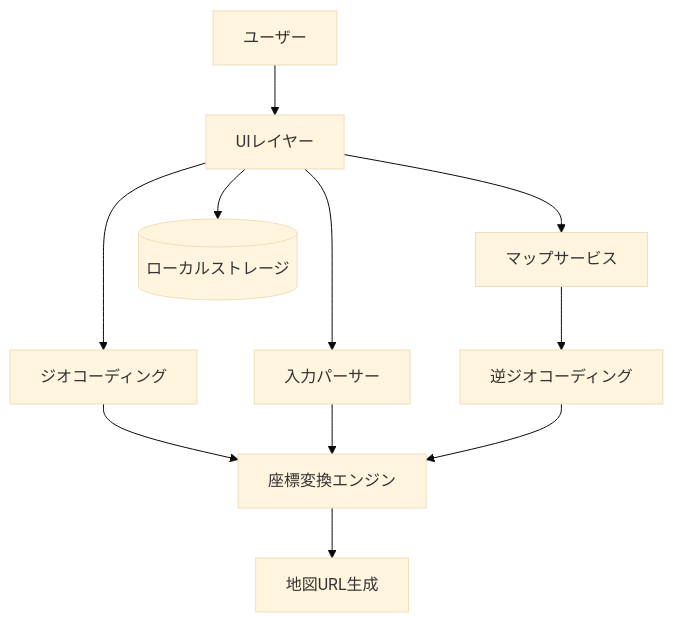
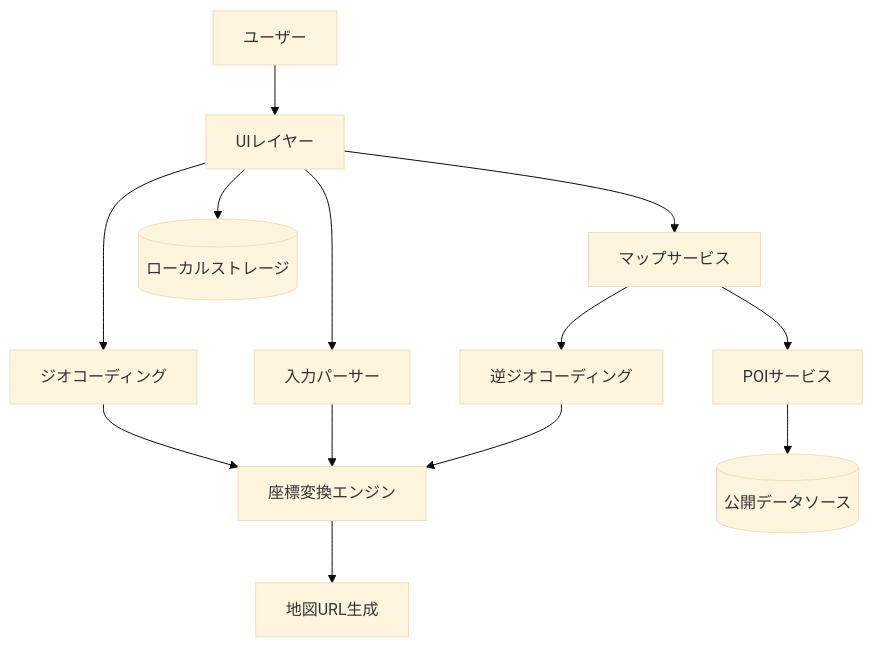
Before and after one commit to oyaakihisa/ichi-link: the first of 10 diagrams in docs/functional-design.md, drawn with Mermaid (base theme). The commit also changed other lines of this file and 8 other files, not shown here.

````diff
--- a/docs/functional-design.md
+++ b/docs/functional-design.md
@@ -5,23 +5,27 @@
 ```mermaid
 graph TB
     User[ユーザー]
     UI[UIレイヤー]
     InputParser[入力パーサー]
     GeocodingService[ジオコーディング]
     ReverseGeocodingService[逆ジオコーディング]
     CoordinateConverter[座標変換エンジン]
     MapUrlGenerator[地図URL生成]
     MapService[マップサービス]
+    POIService[POIサービス]
     LocalStorage[(ローカルストレージ)]
+    POIDataSource[(公開データソース)]
 
     User --> UI
     UI --> InputParser
     UI --> GeocodingService
     UI --> MapService
     MapService --> ReverseGeocodingService
+    MapService --> POIService
+    POIService --> POIDataSource
     GeocodingService --> CoordinateConverter
     InputParser --> CoordinateConverter
     CoordinateConverter --> MapUrlGenerator
     ReverseGeocodingService --> CoordinateConverter
     UI --> LocalStorage
 ```
````
